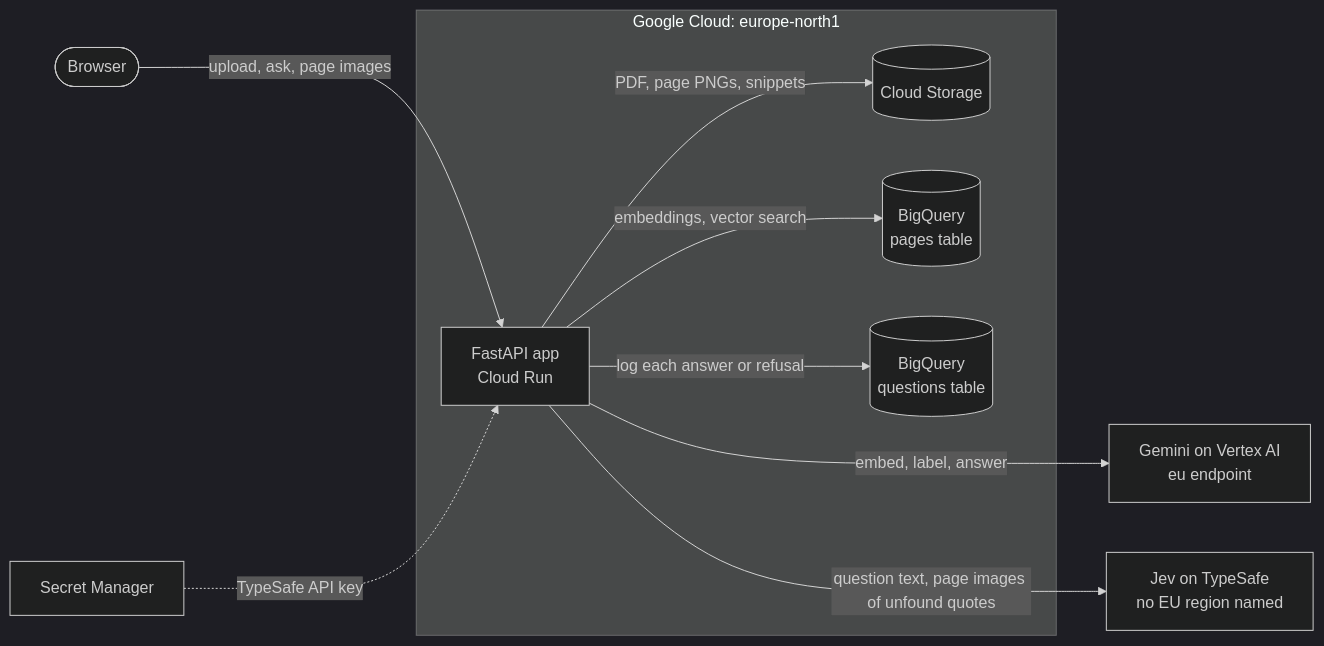
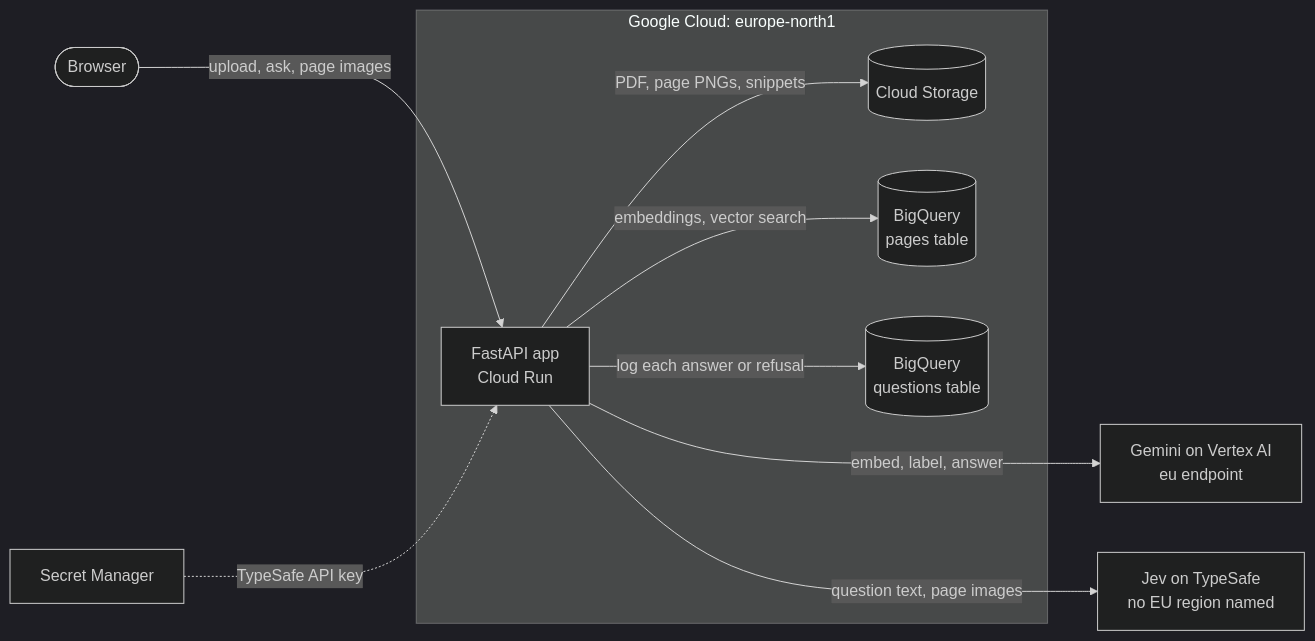
One commit to ma-esf/seetonic changed the diagram in README.md. Above: the diagram before and after it, drawn with Mermaid (dark theme). The commit also changed other lines of this file, not shown here.

First line of the commit message:
docs: trim the README to what the Jev fallback changes

````diff
--- a/README.md
+++ b/README.md
@@ -38,19 +37,19 @@
 ```mermaid
 flowchart LR
     accTitle: Seetonic components
-    accDescr: The browser calls the FastAPI app on Cloud Run to upload PDFs, ask questions and load page images. The app, Cloud Storage and both BigQuery tables are in europe-north1. The app calls Gemini on Vertex AI through the eu endpoint and sends the question text, and the page image of any quote it cannot otherwise place, to Jev on TypeSafe, which names no EU region. Cloud Run reads the TypeSafe API key from Secret Manager.
+    accDescr: The browser calls the FastAPI app on Cloud Run to upload PDFs, ask questions and load page images. The app, Cloud Storage and both BigQuery tables are in europe-north1. The app calls Gemini on Vertex AI through the eu endpoint and sends the question text, and page images of quotes it cannot place, to Jev on TypeSafe, which names no EU region. Cloud Run reads the TypeSafe API key from Secret Manager.
 
     browser(["Browser"]) -->|"upload, ask, page images"| app
     subgraph region["Google Cloud: europe-north1"]
         app["FastAPI app<br/>Cloud Run"]
         gcs[("Cloud Storage")]
         pages[("BigQuery<br/>pages table")]
         questions[("BigQuery<br/>questions table")]
     end
     secret["Secret Manager"] -.->|"TypeSafe API key"| app
     app -->|"PDF, page PNGs, snippets"| gcs
     app -->|"embeddings, vector search"| pages
     app -->|"log each answer or refusal"| questions
     app --->|"embed, label, answer"| gemini["Gemini on Vertex AI<br/>eu endpoint"]
-    app --->|"question text, page images of unfound quotes"| jev["Jev on TypeSafe<br/>no EU region named"]
+    app --->|"question text, page images"| jev["Jev on TypeSafe<br/>no EU region named"]
 ```
````
